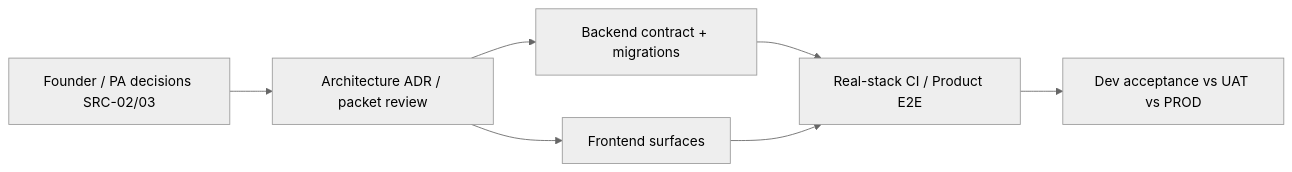
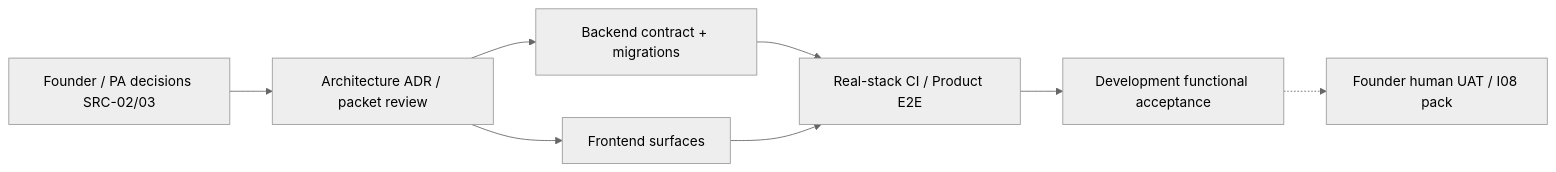
Before and after one commit to eduvijna-ai/eduvijna-architecture: the second of 2 diagrams in AIEOS/AIEOS-PROGRAM-RB03-BOTTOM-UP-DELIVERY-PACKETS-AND-CAPACITY-REBASELINE.md, drawn with Mermaid (neutral theme). The commit also changed other lines of this file, not shown here.

````diff
--- a/AIEOS/AIEOS-PROGRAM-RB03-BOTTOM-UP-DELIVERY-PACKETS-AND-CAPACITY-REBASELINE.md
+++ b/AIEOS/AIEOS-PROGRAM-RB03-BOTTOM-UP-DELIVERY-PACKETS-AND-CAPACITY-REBASELINE.md
@@ -354,16 +401,18 @@
 ```mermaid
 flowchart LR
   FD[Founder / PA decisions SRC-02/03]
   AD[Architecture ADR / packet review]
   BE[Backend contract + migrations]
   FE[Frontend surfaces]
   RS[Real-stack CI / Product E2E]
-  ACC[Dev acceptance vs UAT vs PROD]
+  DEV[Development functional acceptance]
+  UAT[Founder human UAT / I08 pack]
 
   FD --> AD
   AD --> BE
   AD --> FE
   BE --> RS
   FE --> RS
-  RS --> ACC
+  RS --> DEV
+  DEV -.-> UAT
 ```
````
